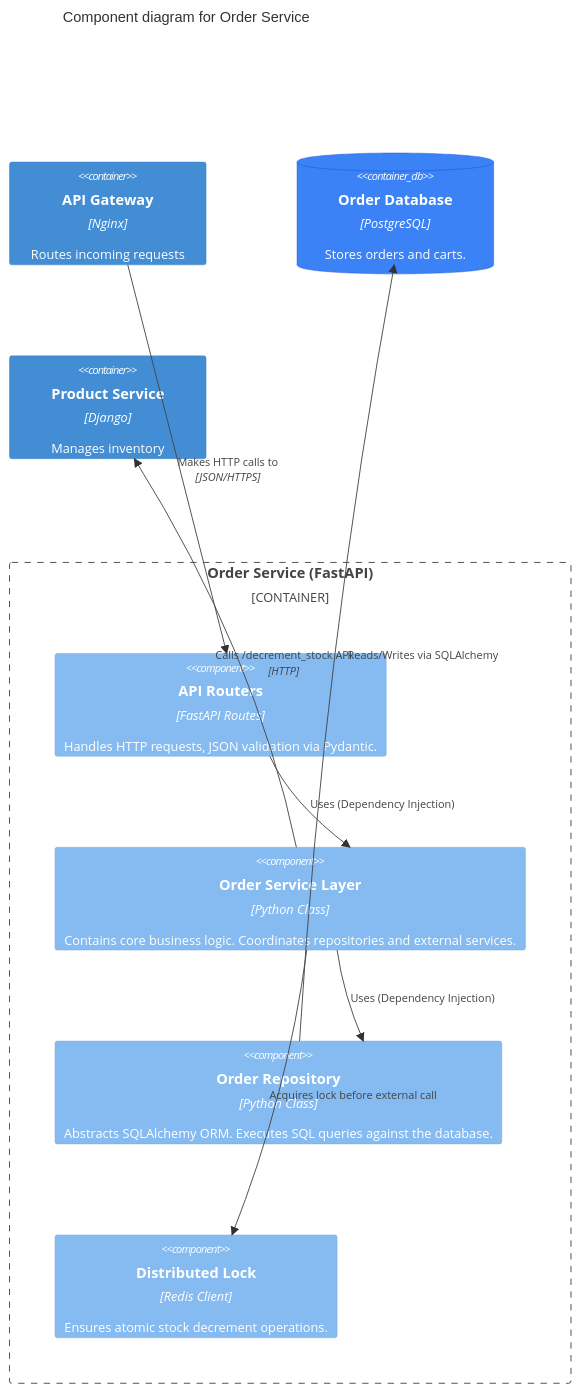
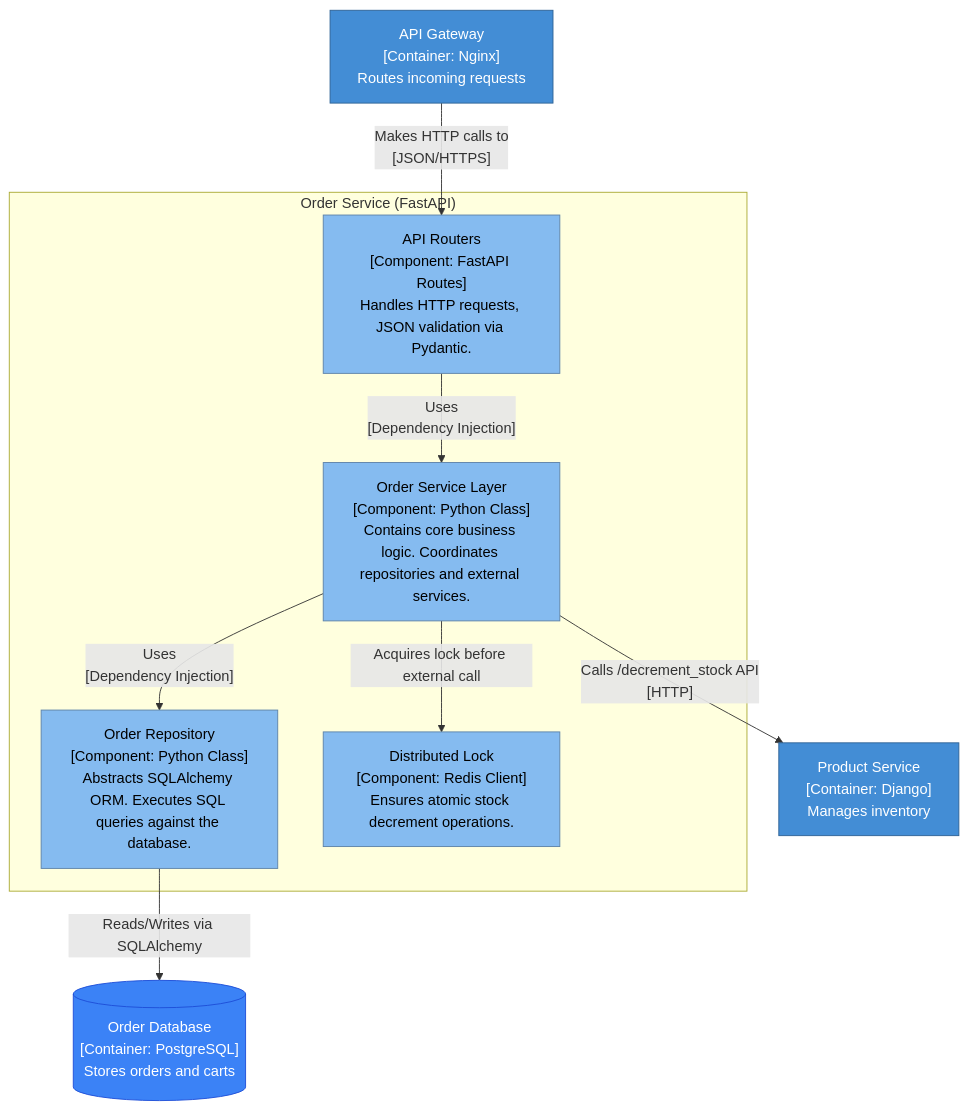
The second of 5 diagrams in docs/architecture.md (DeleonEDU/e-commerce-microservices-ecosystem), drawn with Mermaid before and after one commit. The commit also changed other lines of this file and 74 other files, not shown here.

First line of the commit message:
feat: introduce foundational architecture and development rules for microservices

````diff
--- a/docs/architecture.md
+++ b/docs/architecture.md
@@ -63,24 +69,28 @@
 ```mermaid
-C4Component
-    title Component diagram for Order Service
+flowchart TD
+    api_gateway["API Gateway<br/>[Container: Nginx]<br/>Routes incoming requests"]
+    db_order[("Order Database<br/>[Container: PostgreSQL]<br/>Stores orders and carts")]
+    product_service["Product Service<br/>[Container: Django]<br/>Manages inventory"]
 
-    Container(api_gateway, "API Gateway", "Nginx", "Routes incoming requests")
-    ContainerDb(db_order, "Order Database", "PostgreSQL", "Stores orders and carts.", $tags="db")
-    Container(product_service, "Product Service", "Django", "Manages inventory")
+    subgraph order_service ["Order Service (FastAPI)"]
+        routers["API Routers<br/>[Component: FastAPI Routes]<br/>Handles HTTP requests, JSON validation via Pydantic."]
+        service_layer["Order Service Layer<br/>[Component: Python Class]<br/>Contains core business logic. Coordinates repositories and external services."]
+        repository["Order Repository<br/>[Component: Python Class]<br/>Abstracts SQLAlchemy ORM. Executes SQL queries against the database."]
+        redis_lock["Distributed Lock<br/>[Component: Redis Client]<br/>Ensures atomic stock decrement operations."]
+    end
 
-    Container_Boundary(order_service, "Order Service (FastAPI)") {
-        Component(routers, "API Routers", "FastAPI Routes", "Handles HTTP requests, JSON validation via Pydantic.")
-        Component(service_layer, "Order Service Layer", "Python Class", "Contains core business logic. Coordinates repositories and external services.")
-        Component(repository, "Order Repository", "Python Class", "Abstracts SQLAlchemy ORM. Executes SQL queries against the database.")
-        Component(redis_lock, "Distributed Lock", "Redis Client", "Ensures atomic stock decrement operations.")
-    }
+    api_gateway -->|"Makes HTTP calls to<br/>[JSON/HTTPS]"| routers
+    routers -->|"Uses<br/>[Dependency Injection]"| service_layer
+    service_layer -->|"Uses<br/>[Dependency Injection]"| repository
+    service_layer -->|"Acquires lock before external call"| redis_lock
+    service_layer -->|"Calls /decrement_stock API<br/>[HTTP]"| product_service
+    repository -->|"Reads/Writes via SQLAlchemy"| db_order
 
-    Rel(api_gateway, routers, "Makes HTTP calls to", "JSON/HTTPS")
-    Rel(routers, service_layer, "Uses (Dependency Injection)")
-    Rel(service_layer, repository, "Uses (Dependency Injection)")
-    Rel(service_layer, redis_lock, "Acquires lock before external call")
-    Rel(service_layer, product_service, "Calls /decrement_stock API", "HTTP")
-    Rel(repository, db_order, "Reads/Writes via SQLAlchemy")
-
-    UpdateElementStyle(db_order, $fontColor="white", $bgColor="#3b82f6", $borderColor="#1d4ed8")
+    classDef container fill:#438dd5,color:#fff,stroke:#2e6295
+    classDef database fill:#3b82f6,color:#fff,stroke:#1d4ed8
+    classDef component fill:#85bbf0,color:#000,stroke:#5d82a8
+    
+    class api_gateway,product_service container
+    class db_order database
+    class routers,service_layer,repository,redis_lock component
 ```
````
